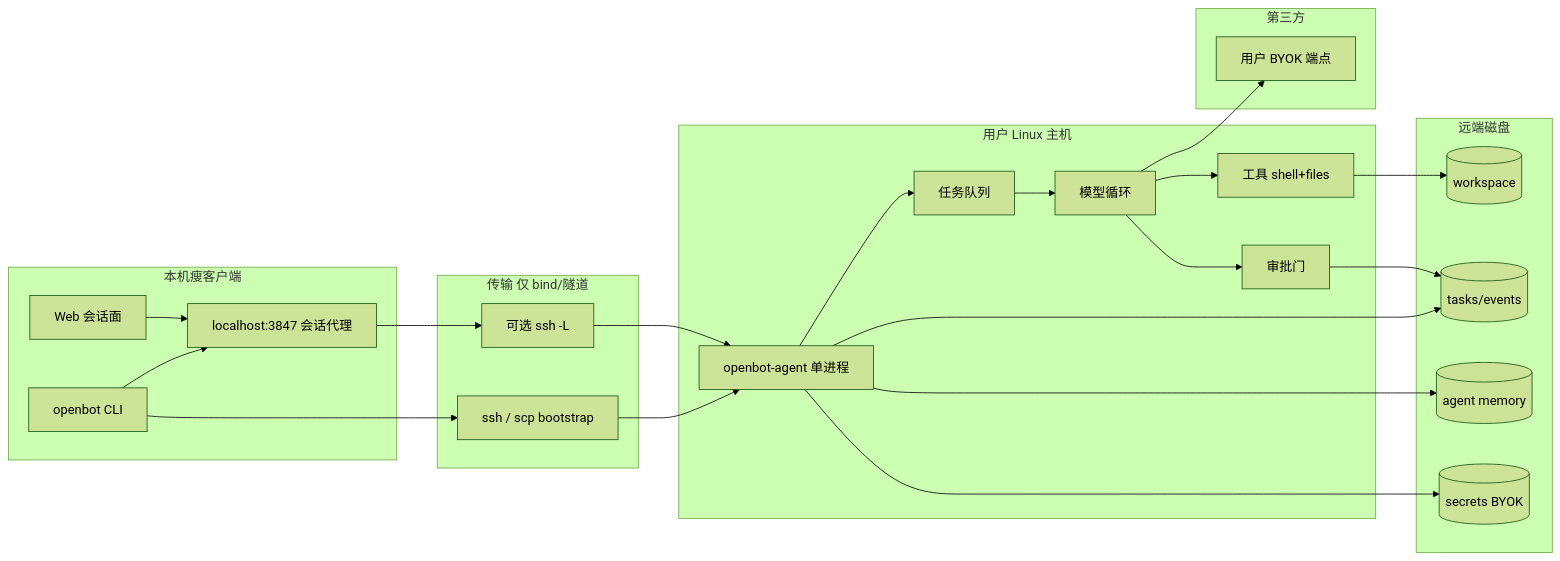
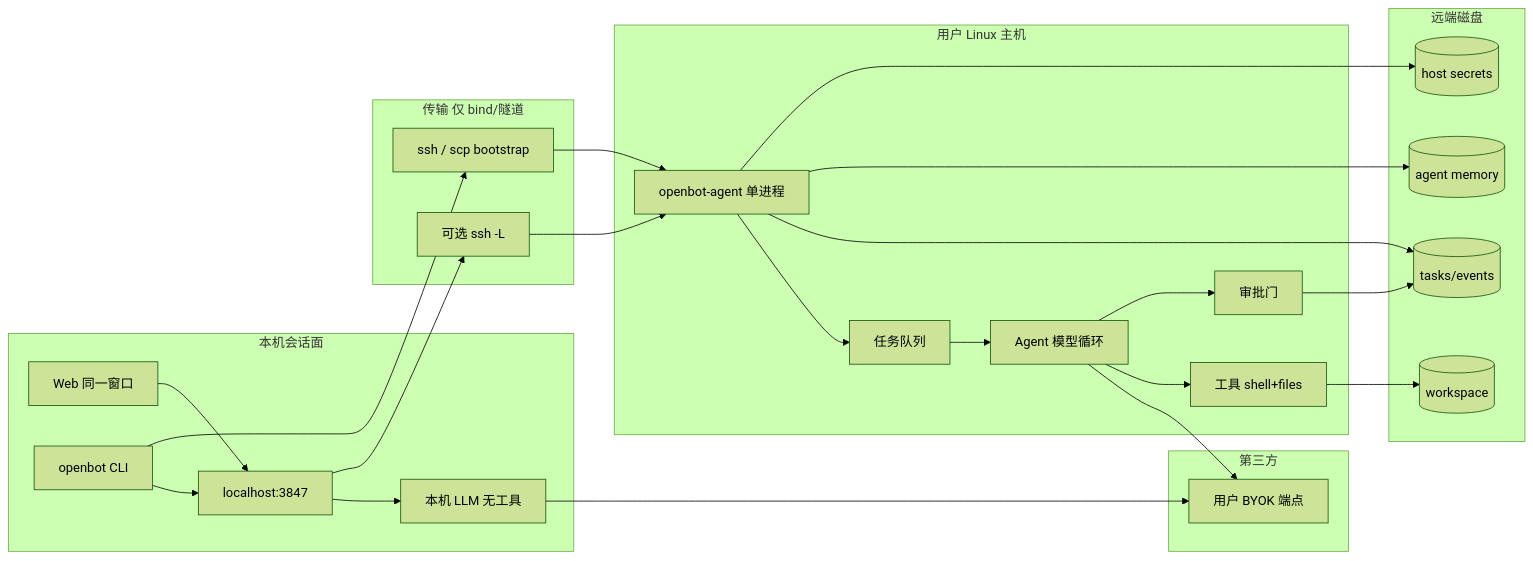
The first of 3 diagrams in docs/openbot-mvp/03-architecture/architecture.md (BiuBiuHu/OpenBot), drawn with Mermaid (forest theme) before and after one commit. The commit also changed other lines of this file and 11 other files, not shown here.

First line of the commit message:
docs: 同一窗口增加本机 LLM 会话，聊天不等于 Agent

````diff
--- a/docs/openbot-mvp/03-architecture/architecture.md
+++ b/docs/openbot-mvp/03-architecture/architecture.md
@@ -74,44 +89,47 @@
 ```mermaid
 flowchart LR
-  subgraph ClientLayer[本机瘦客户端]
-    UI[Web 会话面]
+  subgraph ClientLayer[本机会话面]
+    UI[Web 同一窗口]
     CLI[openbot CLI]
-    LocalAPI[localhost:3847 会话代理]
+    LocalAPI[localhost:3847]
+    LocalLLM[本机 LLM 无工具]
   end
   subgraph Transport[传输 仅 bind/隧道]
     SSH[ssh / scp bootstrap]
     Tun[可选 ssh -L]
   end
   subgraph AgentHost[用户 Linux 主机]
     A[openbot-agent 单进程]
     Q[任务队列]
-    Loop[模型循环]
+    Loop[Agent 模型循环]
     Tools[工具 shell+files]
     Gate[审批门]
   end
   subgraph Disk[远端磁盘]
     Tasks[(tasks/events)]
     WS[(workspace)]
     Mem[(agent memory)]
-    Sec[(secrets BYOK)]
+    Sec[(host secrets)]
   end
   subgraph ThirdParty[第三方]
     LLM[用户 BYOK 端点]
   end
   UI --> LocalAPI
   CLI --> LocalAPI
+  LocalAPI --> LocalLLM
+  LocalLLM --> LLM
   CLI --> SSH
   LocalAPI --> Tun
   SSH --> A
   Tun --> A
   A --> Q
   Q --> Loop
   Loop --> LLM
   Loop --> Tools
   Loop --> Gate
   Gate --> Tasks
   Tools --> WS
   A --> Tasks
   A --> Mem
   A --> Sec
 ```
````
